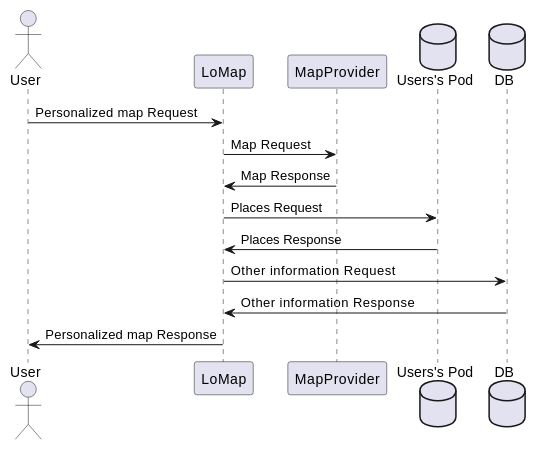
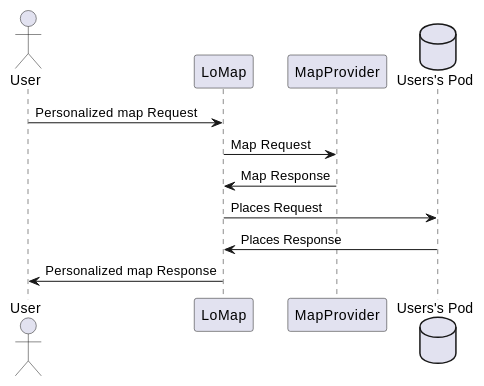
Before and after one commit to Arquisoft/lomap_es1b2: the second of 2 diagrams in docs/06_runtime_view.adoc, drawn with PlantUML. The commit also changed other lines of this file, not shown here.

```diff
--- a/docs/06_runtime_view.adoc
+++ b/docs/06_runtime_view.adoc
@@ -23,16 +23,13 @@
 [plantuml,"Sequence diagram 2",png]
 ----
 actor User
 participant LoMap
 participant MapProvider
 database Pod as "Users's Pod"
-database DB
 User -> LoMap: Personalized map Request
 LoMap -> MapProvider: Map Request
 LoMap  <- MapProvider: Map Response
 LoMap -> Pod: Places Request
 LoMap <- Pod: Places Response
-LoMap -> DB: Other information Request
-LoMap <- DB: Other information Response
 User <- LoMap: Personalized map Response
 ----
```
